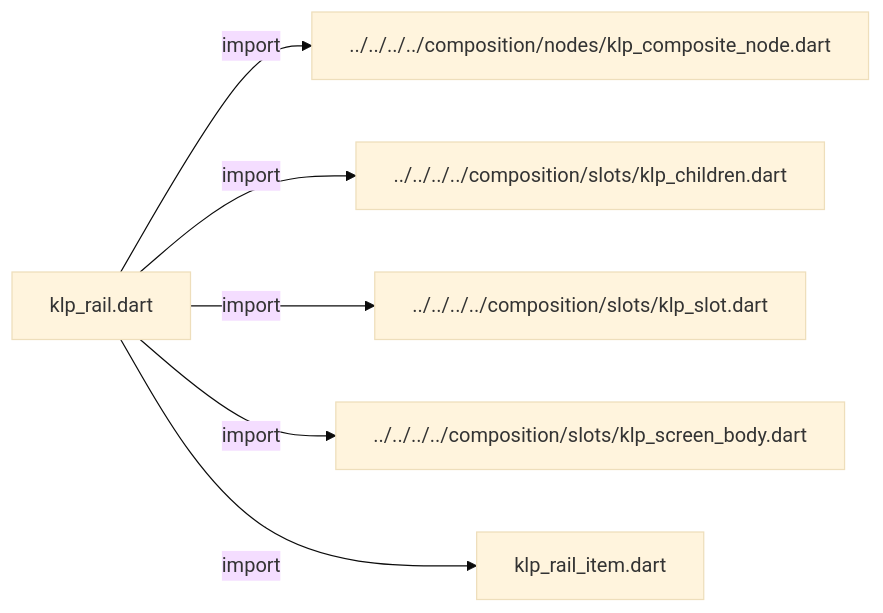
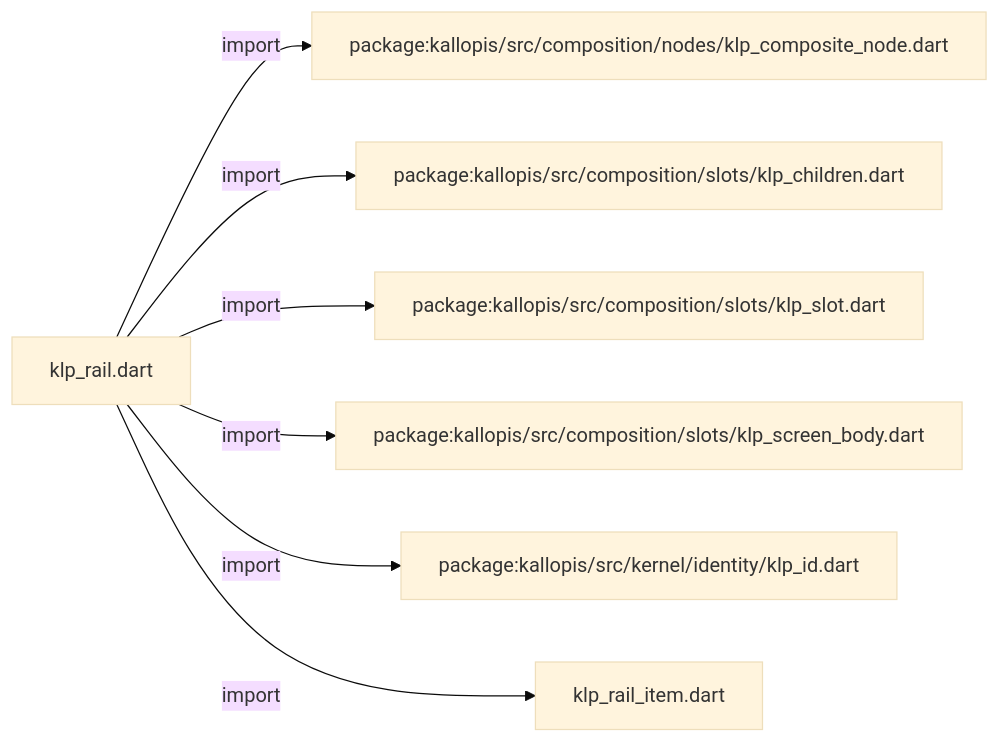
One commit to MiuDog/Kallopis changed the first of 3 diagrams in docs/architecture/src/features/navigation/rail/contracts/klp_rail.md. Above: the diagram before and after it, drawn with Mermaid (base theme). The commit also changed other lines of this file and 9688 other files, not shown here.

Commit message:
Prepare isolated Flow F2 peer baseline

````diff
--- a/docs/architecture/src/features/navigation/rail/contracts/klp_rail.md
+++ b/docs/architecture/src/features/navigation/rail/contracts/klp_rail.md
@@ -11,14 +11,16 @@
 ```mermaid
 flowchart LR
 	n0["klp_rail.dart"]
-	n1["../../../../composition/nodes/klp_composite_node.dart"]
-	n2["../../../../composition/slots/klp_children.dart"]
-	n3["../../../../composition/slots/klp_slot.dart"]
-	n4["../../../../composition/slots/klp_screen_body.dart"]
-	n5["klp_rail_item.dart"]
+	n1["package:kallopis/src/composition/nodes/klp_composite_node.dart"]
+	n2["package:kallopis/src/composition/slots/klp_children.dart"]
+	n3["package:kallopis/src/composition/slots/klp_slot.dart"]
+	n4["package:kallopis/src/composition/slots/klp_screen_body.dart"]
+	n5["package:kallopis/src/kernel/identity/klp_id.dart"]
+	n6["klp_rail_item.dart"]
 	n0 -->|"import"| n1
 	n0 -->|"import"| n2
 	n0 -->|"import"| n3
 	n0 -->|"import"| n4
 	n0 -->|"import"| n5
+	n0 -->|"import"| n6
 ```
````
